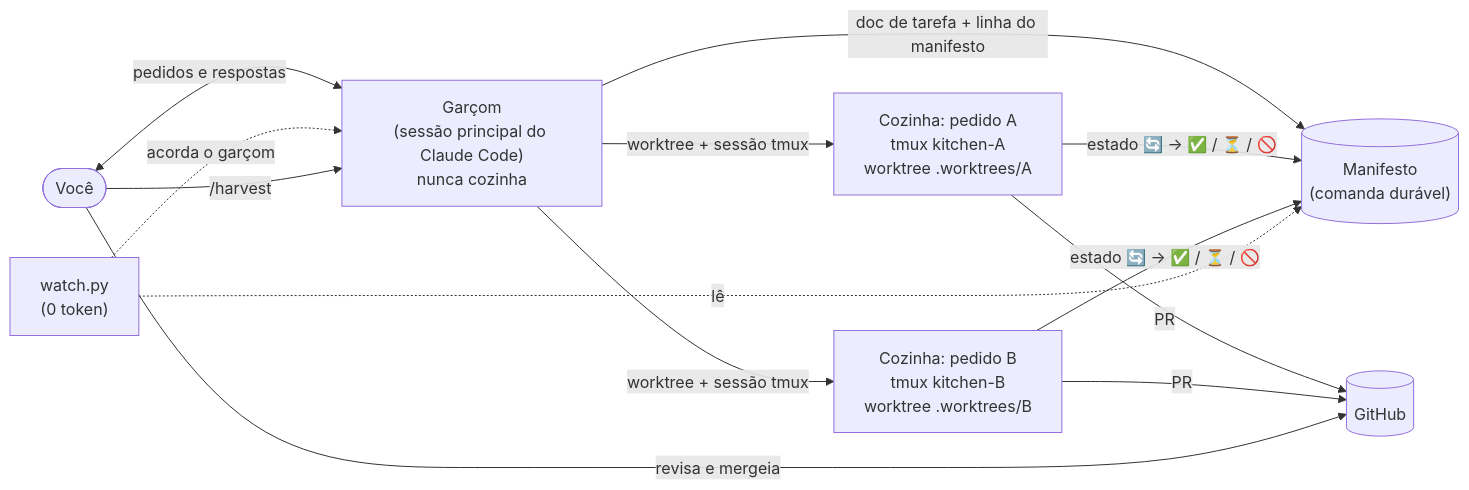
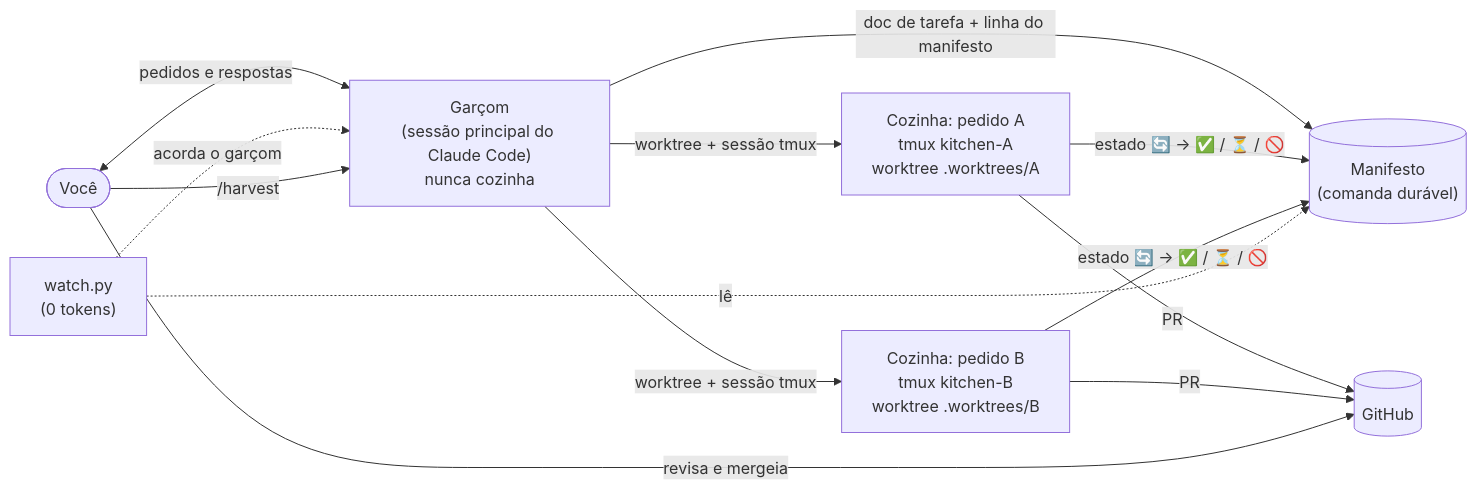
One commit to FabianoArthur/claude-code-kitchen changed the diagram in README.pt-BR.md. Above: the diagram before and after it, drawn with Mermaid. The commit also changed other lines of this file, not shown here.

````diff
--- a/README.pt-BR.md
+++ b/README.pt-BR.md
@@ -60,15 +63,15 @@
 ```mermaid
 flowchart LR
     voce([Você]) <-- "pedidos e respostas" --> garcom["Garçom<br/>(sessão principal do Claude Code)<br/>nunca cozinha"]
     garcom -- "doc de tarefa + linha do manifesto" --> comanda[("Manifesto<br/>(comanda durável)")]
     garcom -- "worktree + sessão tmux" --> k1["Cozinha: pedido A<br/>tmux kitchen-A<br/>worktree .worktrees/A"]
     garcom -- "worktree + sessão tmux" --> k2["Cozinha: pedido B<br/>tmux kitchen-B<br/>worktree .worktrees/B"]
     k1 -- "estado 🔄 → ✅ / ⏳ / 🚫" --> comanda
     k2 -- "estado 🔄 → ✅ / ⏳ / 🚫" --> comanda
-    vigia["watch.py<br/>(0 token)"] -. lê .-> comanda
+    vigia["watch.py<br/>(0 tokens)"] -. lê .-> comanda
     vigia -. "acorda o garçom" .-> garcom
     k1 -- "PR" --> gh[(GitHub)]
     k2 -- "PR" --> gh
     voce -- "revisa e mergeia" --> gh
     voce -- "/harvest" --> garcom
 ```
````
